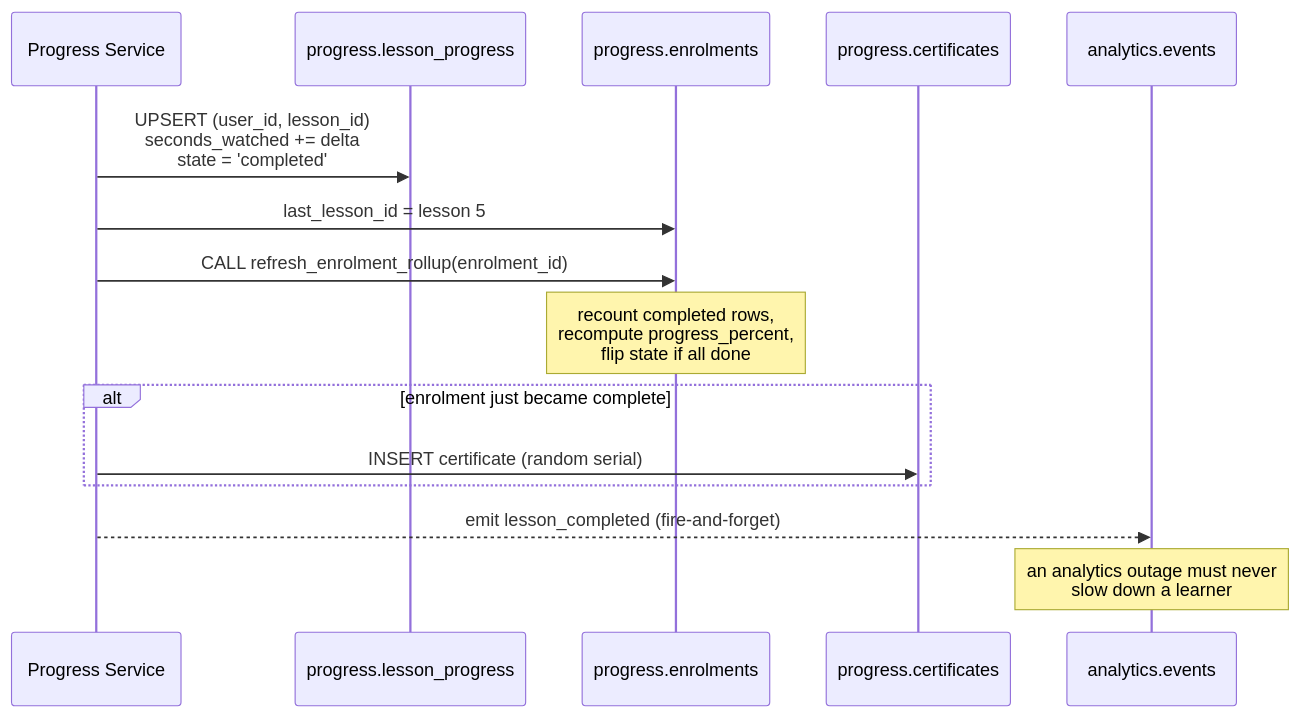
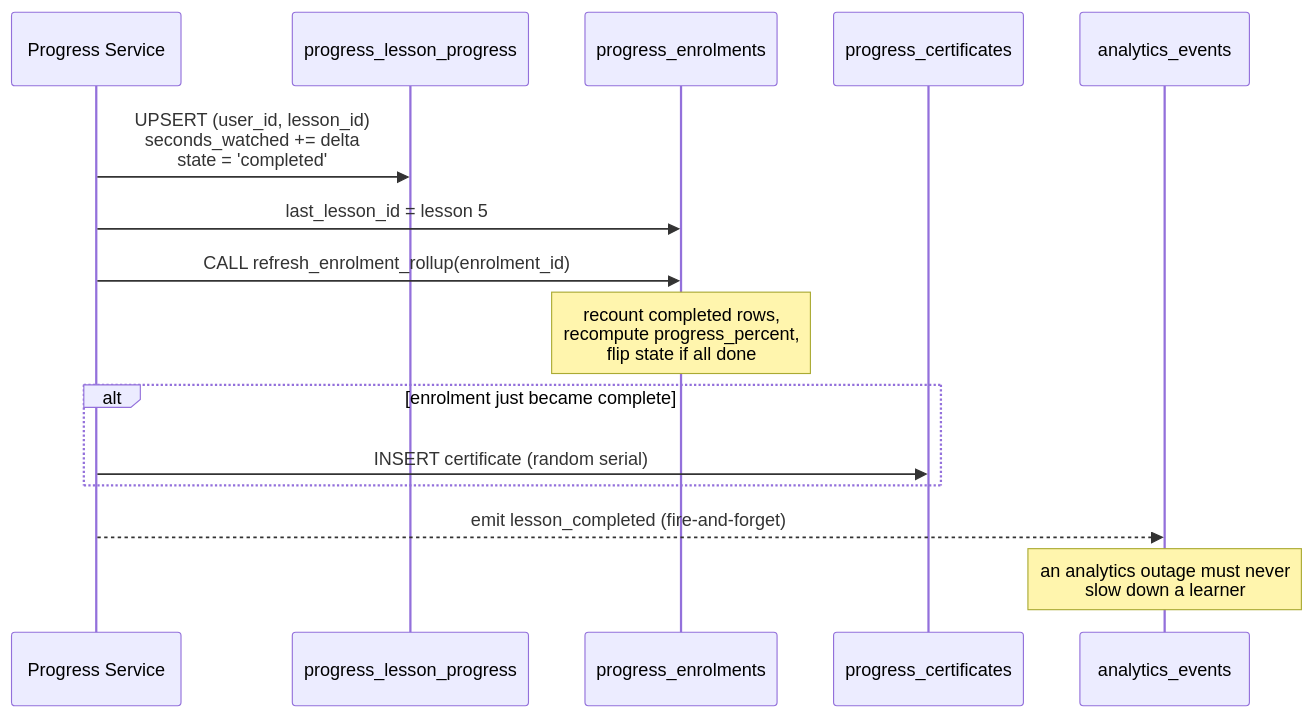
One commit to noshadalam66/learning_db changed the tenth of 10 diagrams in docs/ERD.md. Above: the diagram before and after it, drawn with Mermaid. The commit also changed other lines of this file and 40 other files, not shown here.

````diff
--- a/docs/ERD.md
+++ b/docs/ERD.md
@@ -515,18 +515,18 @@
 ```mermaid
 sequenceDiagram
     participant API as Progress Service
-    participant LP as progress.lesson_progress
-    participant EN as progress.enrolments
-    participant CE as progress.certificates
-    participant AN as analytics.events
+    participant LP as progress_lesson_progress
+    participant EN as progress_enrolments
+    participant CE as progress_certificates
+    participant AN as analytics_events
 
     API->>LP: UPSERT (user_id, lesson_id)<br/>seconds_watched += delta<br/>state = 'completed'
     API->>EN: last_lesson_id = lesson 5
     API->>EN: CALL refresh_enrolment_rollup(enrolment_id)
     Note over EN: recount completed rows,<br/>recompute progress_percent,<br/>flip state if all done
     alt enrolment just became complete
         API->>CE: INSERT certificate (random serial)
     end
     API-->>AN: emit lesson_completed (fire-and-forget)
     Note over AN: an analytics outage must never<br/>slow down a learner
 ```
````
